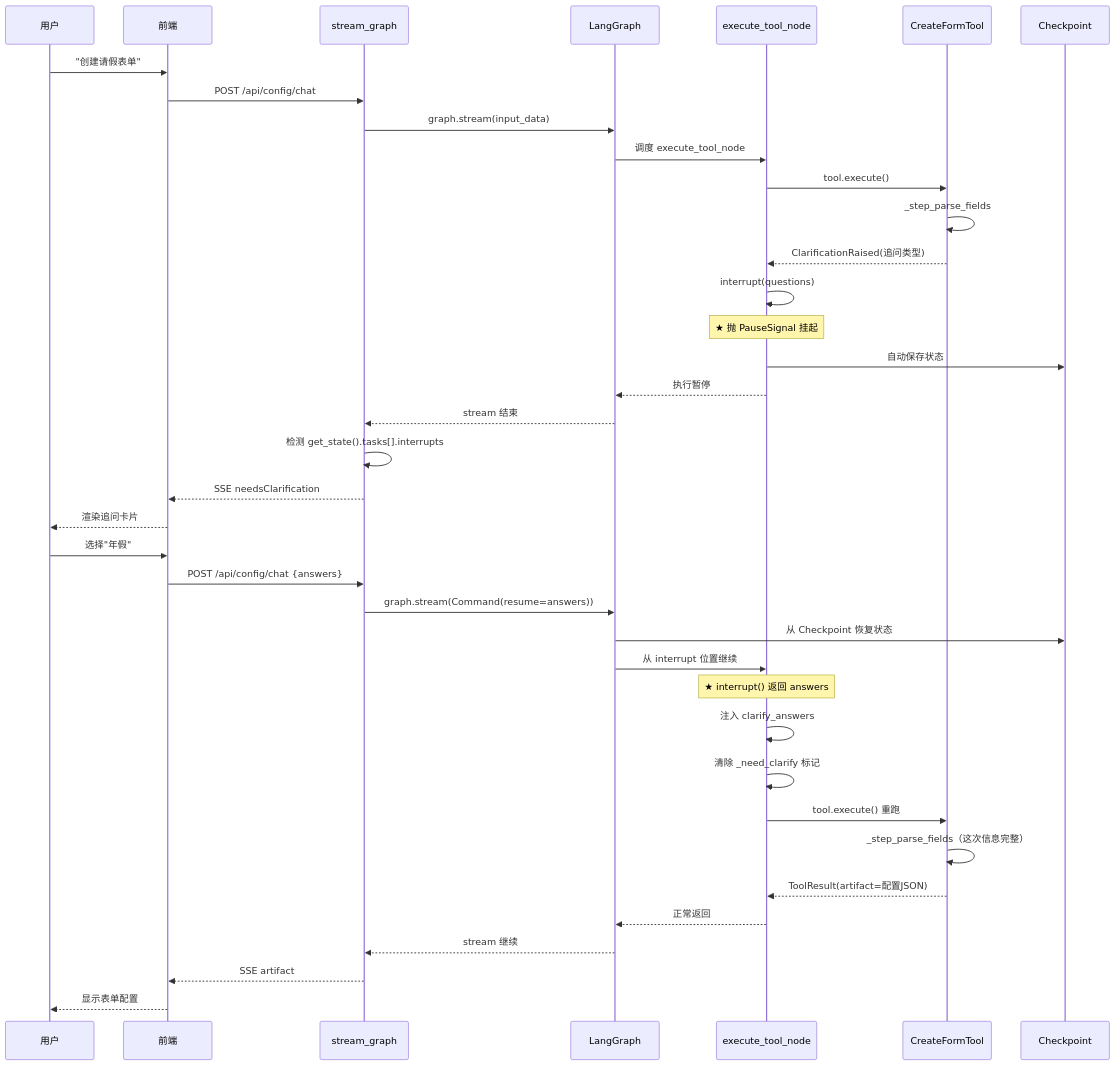
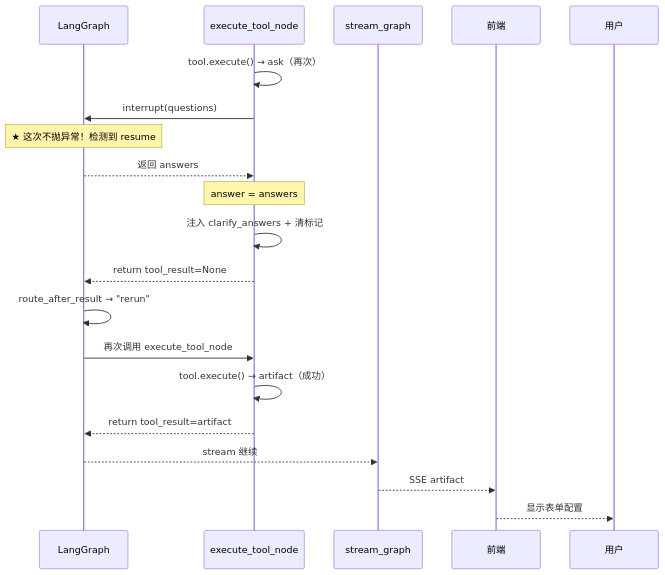
One commit to 996Code/llm-to-modeler changed diagram 22 of 27 in doc/系统架构与学习指南.md. Above: the diagram before and after it, drawn with Mermaid. The commit also changed other lines of this file, not shown here.

First line of the commit message:
docs: 深度解析 interrupt/resume 机制 + 拆分所有大图

````diff
--- a/doc/系统架构与学习指南.md
+++ b/doc/系统架构与学习指南.md
@@ -575,42 +670,23 @@
 ```mermaid
 sequenceDiagram
+    participant LG as LangGraph
+    participant N as execute_tool_node
+    participant API as stream_graph
+    participant F as 前端
     participant U as 用户
-    participant F as 前端
-    participant S as stream_graph
-    participant G as LangGraph
-    participant N as execute_tool_node
-    participant T as CreateFormTool
-    participant CP as Checkpoint
 
-    U->>F: "创建请假表单"
-    F->>S: POST /api/config/chat
-    S->>G: graph.stream(input_data)
-    G->>N: 调度 execute_tool_node
-    N->>T: tool.execute()
-    T->>T: _step_parse_fields
-    T-->>N: ClarificationRaised(追问类型)
-    N->>N: interrupt(questions)
-    Note over N: ★ 抛 PauseSignal 挂起
-    N->>CP: 自动保存状态
-    N-->>G: 执行暂停
-    G-->>S: stream 结束
-    S->>S: 检测 get_state().tasks[].interrupts
-    S-->>F: SSE needsClarification
-    F-->>U: 渲染追问卡片
-
-    U->>F: 选择"年假"
-    F->>S: POST /api/config/chat {answers}
-    S->>G: graph.stream(Command(resume=answers))
-    G->>CP: 从 Checkpoint 恢复状态
-    G->>N: 从 interrupt 位置继续
-    Note over N: ★ interrupt() 返回 answers
-    N->>N: 注入 clarify_answers
-    N->>N: 清除 _need_clarify 标记
-    N->>T: tool.execute() 重跑
-    T->>T: _step_parse_fields（这次信息完整）
-    T-->>N: ToolResult(artifact=配置JSON)
-    N-->>G: 正常返回
-    G-->>S: stream 继续
-    S-->>F: SSE artifact
+    N->>N: tool.execute() → ask（再次）
+    N->>LG: interrupt(questions)
+    Note over LG: ★ 这次不抛异常！检测到 resume
+    LG-->>N: 返回 answers
+    Note over N: answer = answers
+    N->>N: 注入 clarify_answers + 清标记
+    N-->>LG: return tool_result=None
+    LG->>LG: route_after_result → "rerun"
+    LG->>N: 再次调用 execute_tool_node
+    N->>N: tool.execute() → artifact（成功）
+    N-->>LG: return tool_result=artifact
+    LG-->>API: stream 继续
+    API-->>F: SSE artifact
     F-->>U: 显示表单配置
 ```
````
